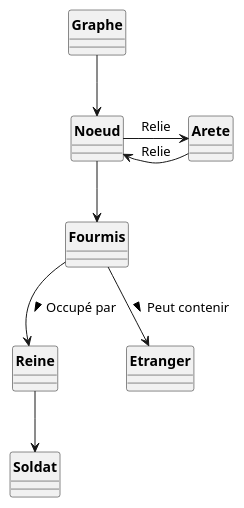
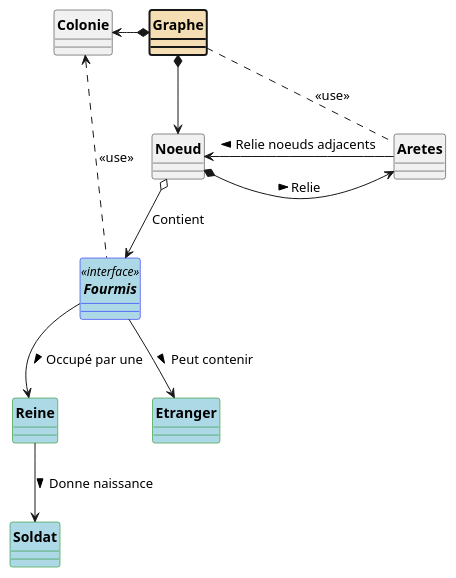
One commit to jvondermarck/ant-colony changed the diagram in plantUML/V1/Fourmis_DC_Analyse.puml. Above: the diagram before and after it, drawn with PlantUML. The commit also changed 7 other files, not shown here.

```diff
--- a/plantUML/V1/Fourmis_DC_Analyse.puml
+++ b/plantUML/V1/Fourmis_DC_Analyse.puml
@@ -1,29 +1,46 @@
 @startuml
+'https://plantuml.com/class-diagram
 
 skinparam style strictuml
 skinparam classAttributeIconSize 0
 skinparam classFontStyle Bold
 hide enum methods
 
-class Graphe {}
-class Arete {}
-class Fourmis {}
-
-class Reine {}
-
-class Soldat {}
-
-class Noeud{}
-class Etranger {}
+class Graphe #back:Wheat;line.bold {
+}
 
 
-Graphe --> Noeud
-Noeud -> Arete : Relie
-Arete -> Noeud : Relie
-Noeud --> Fourmis
-Fourmis --> Reine : Occupé par >
-Fourmis --> Etranger : Peut contenir >
-Reine --> Soldat
+class Noeud{
+}
+
+class Aretes {
+}
+
+class Colonie {
+}
+
+interface Fourmis <<interface>> #lightblue;line:blue {
+}
+class Reine #lightblue;line:green {
+}
+
+class Soldat #lightblue;line:green {
+}
+
+class Etranger #lightblue;line:green{}
 
 
+Graphe  *-->  Noeud
+Graphe  *-left-> Colonie
+
+Noeud  *->  Aretes : \n Relie  >
+Aretes  -> Noeud : Relie noeuds adjacents >
+
+Graphe .. Aretes : <<use>>
+Colonie <.. Fourmis : <<use>>
+Noeud  o--> Fourmis : Contient
+Fourmis --> Reine : Occupé par une >
+Fourmis -->  Etranger : Peut contenir >
+Reine  -->  Soldat : Donne naissance >
+
 @enduml
```
